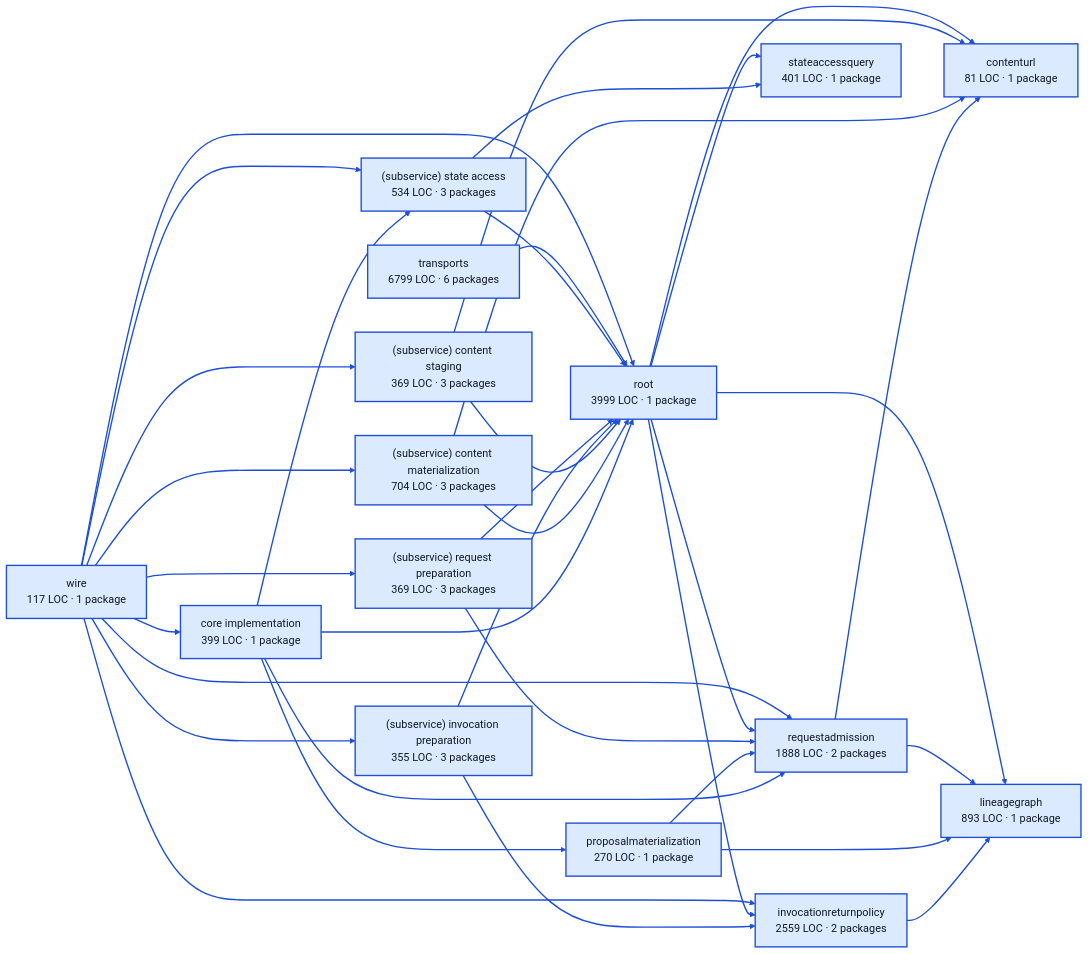
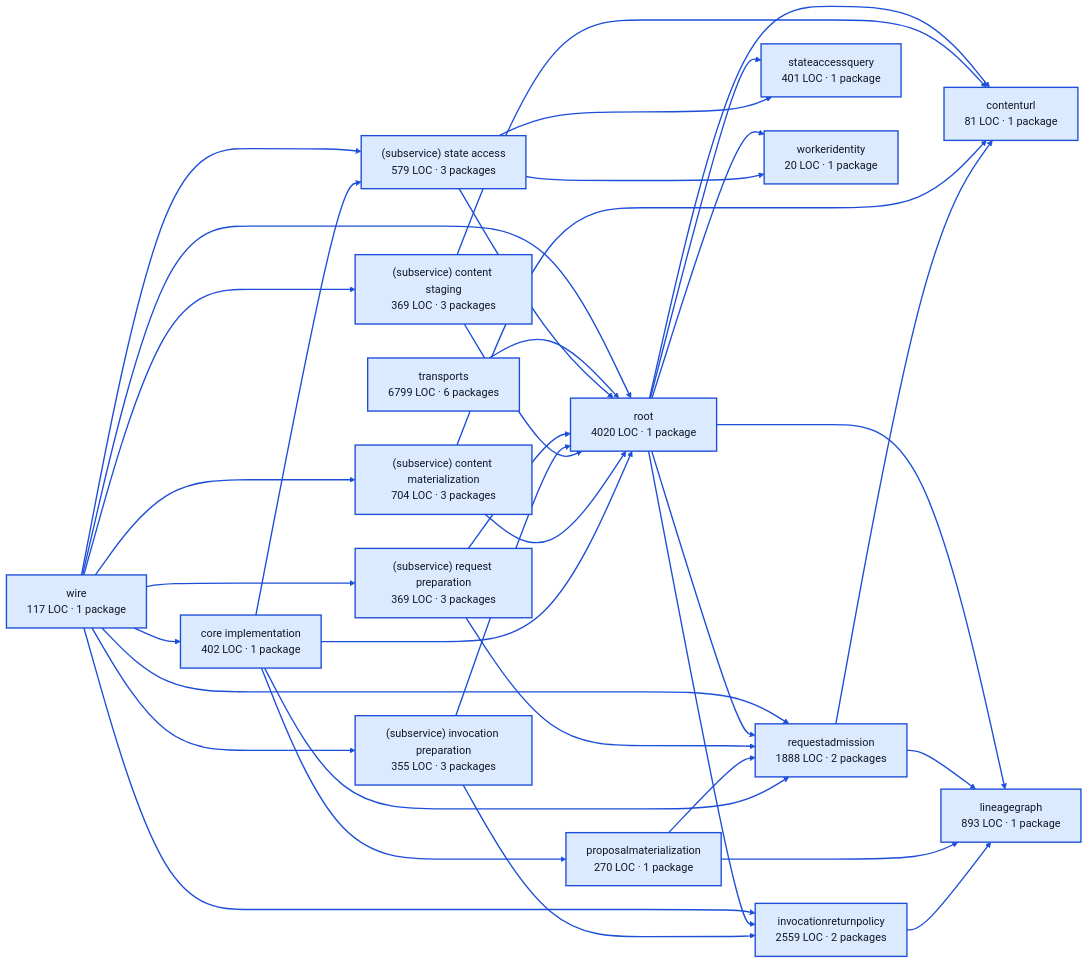
One commit to portpowered/you-agent-factory changed the diagram in docs/architecture/visualizations/services/work.md. Above: the diagram before and after it, drawn with Mermaid. The commit also changed other lines of this file and 20 other files, not shown here.

Commit message:
docs: refresh backend architecture visualizations

````diff
--- a/docs/architecture/visualizations/services/work.md
+++ b/docs/architecture/visualizations/services/work.md
@@ -11,68 +11,72 @@
 ```mermaid
 flowchart LR
-  p0["core implementation<br/>399 LOC · 1 package"]
+  p0["core implementation<br/>402 LOC · 1 package"]
   p1["contenturl<br/>81 LOC · 1 package"]
   p2["invocationreturnpolicy<br/>2559 LOC · 2 packages"]
   p3["lineagegraph<br/>893 LOC · 1 package"]
   p4["proposalmaterialization<br/>270 LOC · 1 package"]
   p5["requestadmission<br/>1888 LOC · 2 packages"]
   p6["(subservice) content materialization<br/>704 LOC · 3 packages"]
   p7["(subservice) content staging<br/>369 LOC · 3 packages"]
   p8["(subservice) invocation preparation<br/>355 LOC · 3 packages"]
   p9["(subservice) request preparation<br/>369 LOC · 3 packages"]
-  p10["(subservice) state access<br/>534 LOC · 3 packages"]
+  p10["(subservice) state access<br/>579 LOC · 3 packages"]
   p11["stateaccessquery<br/>401 LOC · 1 package"]
-  p12["root<br/>3999 LOC · 1 package"]
-  p13["transports<br/>6799 LOC · 6 packages"]
-  p14["wire<br/>117 LOC · 1 package"]
+  p12["workeridentity<br/>20 LOC · 1 package"]
+  p13["root<br/>4020 LOC · 1 package"]
+  p14["transports<br/>6799 LOC · 6 packages"]
+  p15["wire<br/>117 LOC · 1 package"]
   p0 --> p4
   p0 --> p5
   p0 --> p10
-  p0 --> p12
+  p0 --> p13
   p2 --> p3
   p4 --> p3
   p4 --> p5
   p5 --> p1
   p5 --> p3
   p6 --> p1
-  p6 --> p12
+  p6 --> p13
   p7 --> p1
-  p7 --> p12
+  p7 --> p13
   p8 --> p2
-  p8 --> p12
+  p8 --> p13
   p9 --> p5
-  p9 --> p12
+  p9 --> p13
   p10 --> p11
   p10 --> p12
-  p12 --> p1
-  p12 --> p2
-  p12 --> p3
-  p12 --> p5
-  p12 --> p11
+  p10 --> p13
+  p13 --> p1
+  p13 --> p2
+  p13 --> p3
+  p13 --> p5
+  p13 --> p11
   p13 --> p12
-  p14 --> p0
-  p14 --> p2
-  p14 --> p5
-  p14 --> p6
-  p14 --> p7
-  p14 --> p8
-  p14 --> p9
-  p14 --> p10
-  p14 --> p12
+  p14 --> p13
+  p15 --> p0
+  p15 --> p2
+  p15 --> p5
+  p15 --> p6
+  p15 --> p7
+  p15 --> p8
+  p15 --> p9
+  p15 --> p10
+  p15 --> p13
   style p0 fill:#dbeafe,stroke:#1d4ed8,stroke-width:2px,color:#111827
   style p1 fill:#dbeafe,stroke:#1d4ed8,stroke-width:2px,color:#111827
   style p2 fill:#dbeafe,stroke:#1d4ed8,stroke-width:2px,color:#111827
   style p3 fill:#dbeafe,stroke:#1d4ed8,stroke-width:2px,color:#111827
   style p4 fill:#dbeafe,stroke:#1d4ed8,stroke-width:2px,color:#111827
   style p5 fill:#dbeafe,stroke:#1d4ed8,stroke-width:2px,color:#111827
   style p6 fill:#dbeafe,stroke:#1d4ed8,stroke-width:2px,color:#111827
   style p7 fill:#dbeafe,stroke:#1d4ed8,stroke-width:2px,color:#111827
   style p8 fill:#dbeafe,stroke:#1d4ed8,stroke-width:2px,color:#111827
   style p9 fill:#dbeafe,stroke:#1d4ed8,stroke-width:2px,color:#111827
   style p10 fill:#dbeafe,stroke:#1d4ed8,stroke-width:2px,color:#111827
   style p11 fill:#dbeafe,stroke:#1d4ed8,stroke-width:2px,color:#111827
   style p12 fill:#dbeafe,stroke:#1d4ed8,stroke-width:2px,color:#111827
   style p13 fill:#dbeafe,stroke:#1d4ed8,stroke-width:2px,color:#111827
   style p14 fill:#dbeafe,stroke:#1d4ed8,stroke-width:2px,color:#111827
+  style p15 fill:#dbeafe,stroke:#1d4ed8,stroke-width:2px,color:#111827
   linkStyle default stroke:#1d4ed8,stroke-width:2px
 ```
````
